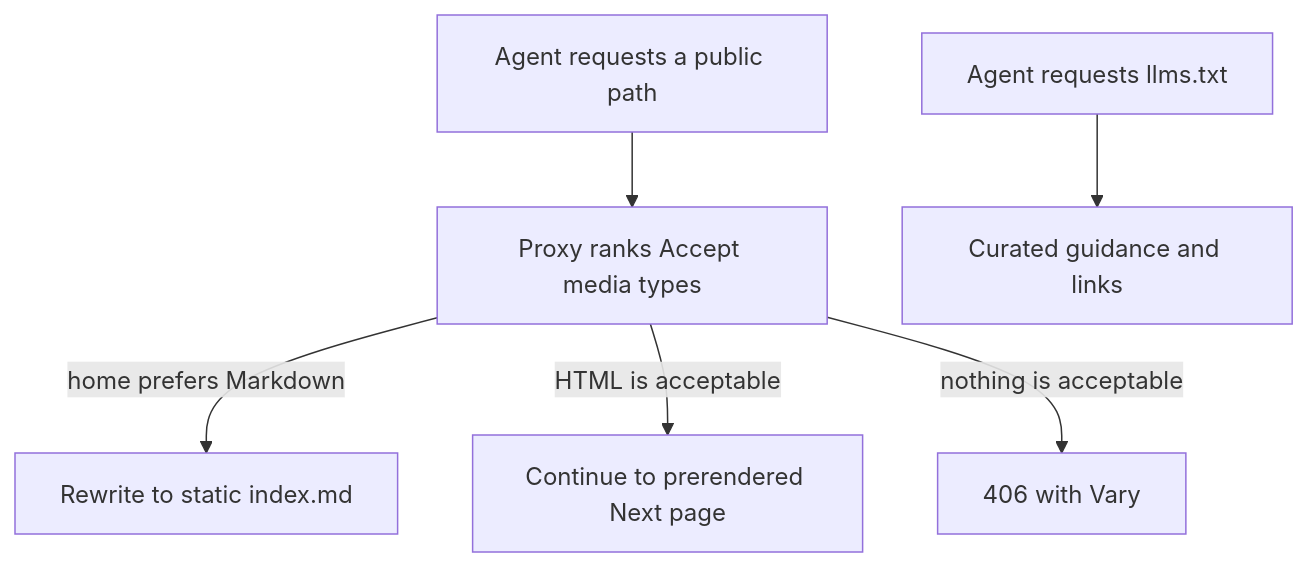
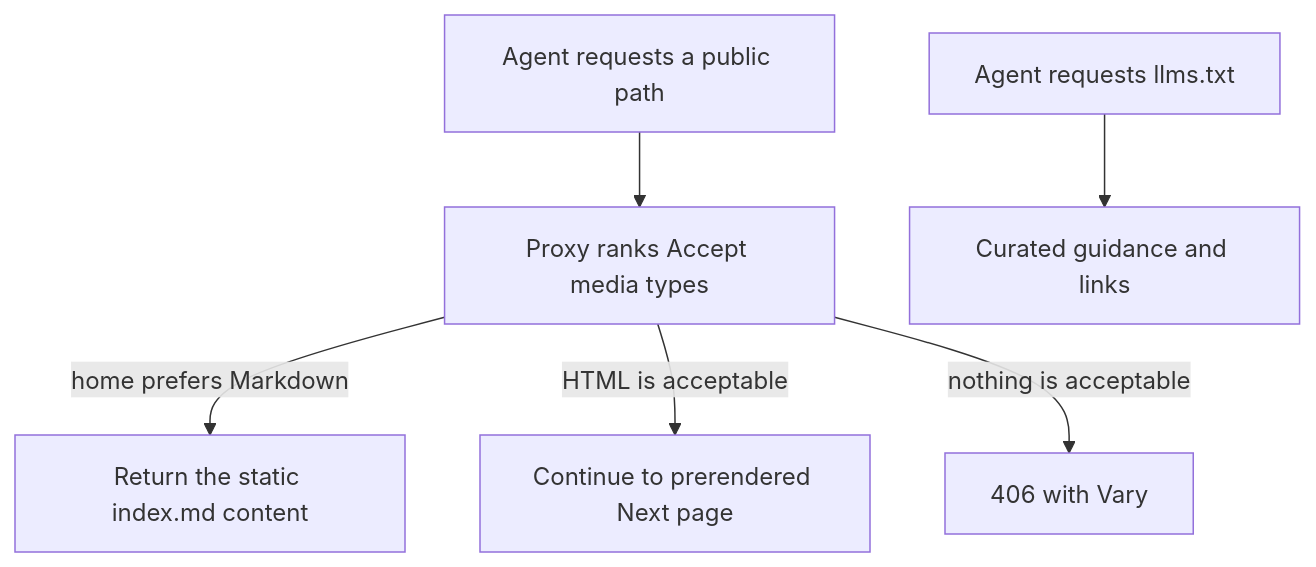
One commit to neogenz/pulpe changed the first of 2 diagrams in aidd_docs/tasks/2026_08/2026_08_25_landing-agent-readiness/phase-1.md. Above: the diagram before and after it, drawn with Mermaid. The commit also changed other lines of this file and 12 other files, not shown here.

````diff
--- a/aidd_docs/tasks/2026_08/2026_08_25_landing-agent-readiness/phase-1.md
+++ b/aidd_docs/tasks/2026_08/2026_08_25_landing-agent-readiness/phase-1.md
@@ -36,8 +36,8 @@
 ```mermaid
 flowchart TD
   A[Agent requests a public path] --> B[Proxy ranks Accept media types]
-  B -->|home prefers Markdown| C[Rewrite to static index.md]
+  B -->|home prefers Markdown| C[Return the static index.md content]
   B -->|HTML is acceptable| D[Continue to prerendered Next page]
   B -->|nothing is acceptable| E[406 with Vary]
   F[Agent requests llms.txt] --> G[Curated guidance and links]
 ```
````
